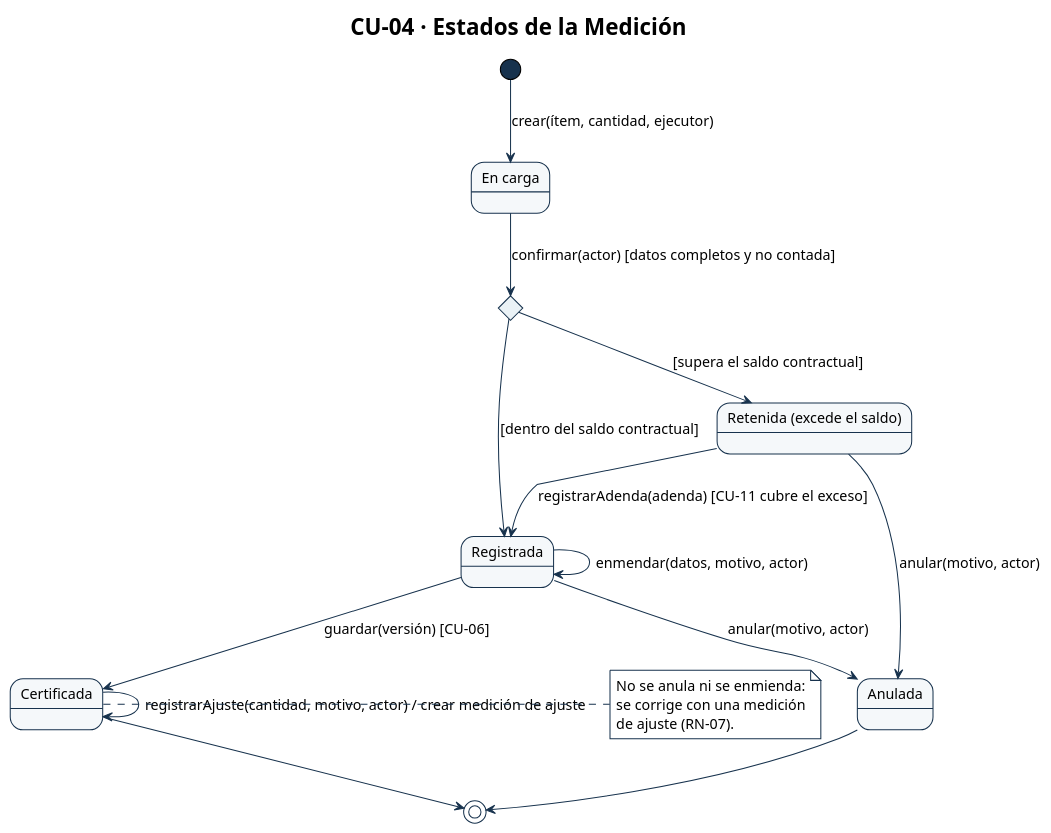
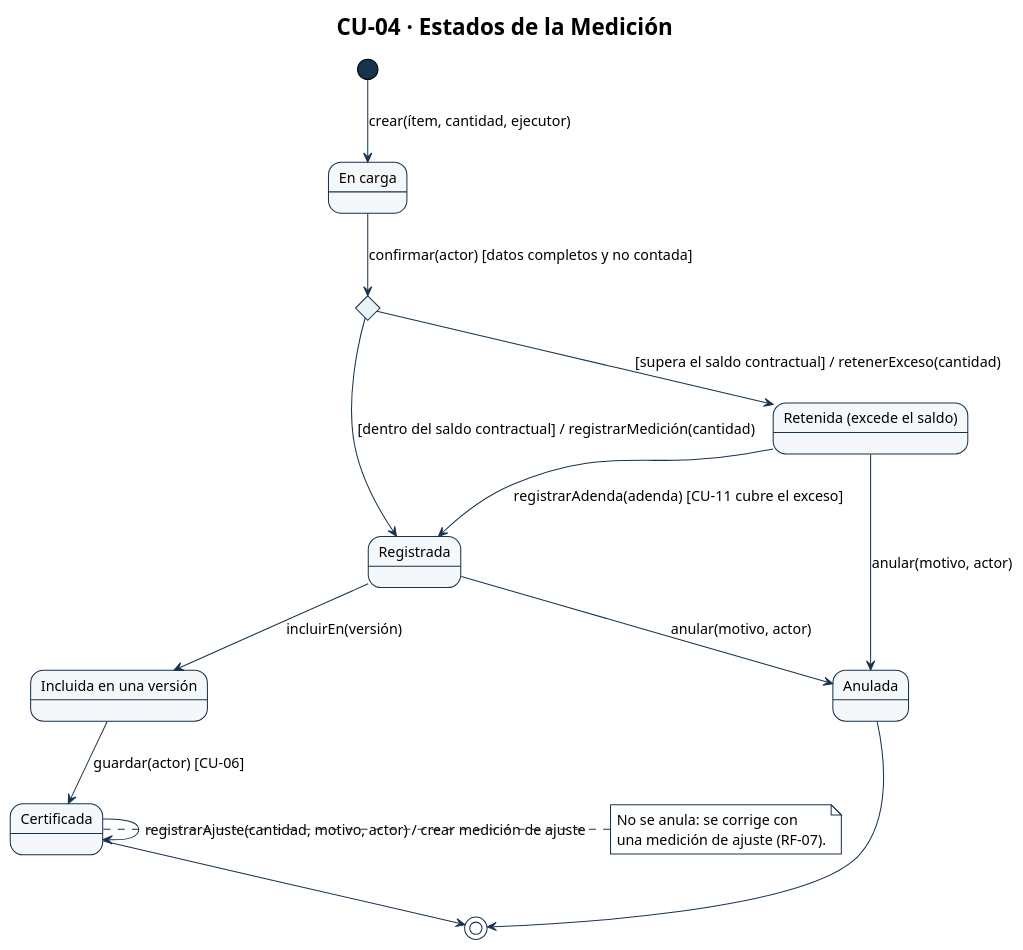
The diagram in diagramas/CU-04-estados.puml (Ssrrb/tpf-uca), drawn with PlantUML before and after one commit. The commit also changed 40 other files, not shown here.

```diff
--- a/diagramas/CU-04-estados.puml
+++ b/diagramas/CU-04-estados.puml
@@ -1,61 +1,61 @@
 @startuml
 !theme plain
 skinparam style strictuml
 skinparam shadowing false
 skinparam defaultFontName Arial
 skinparam defaultFontSize 14
 skinparam ArrowColor #17324D
 skinparam activity {
   StartColor #17324D
   EndColor #17324D
   BarColor #17324D
   BackgroundColor #F5F8FA
   BorderColor #17324D
   DiamondBackgroundColor #EAF2F6
   DiamondBorderColor #17324D
 }
 skinparam swimlane {
   BorderColor #17324D
   TitleBackgroundColor #EAF2F6
 }
 skinparam state {
   StartColor #17324D
   EndColor #17324D
   BackgroundColor #F5F8FA
   BorderColor #17324D
 }
 skinparam package {
   BackgroundColor #EAF2F6
   BorderColor #17324D
 }
 skinparam note {
   BackgroundColor #FFFFFF
   BorderColor #17324D
 }
 title CU-04 · Estados de la Medición
 state confirmacion <<choice>>
 state "En carga" as en_carga
 state "Registrada" as registrada
 state "Retenida (excede el saldo)" as retenida
+state "Incluida en una versión" as incluida
+state "Certificada" as certificada
 state "Anulada" as anulada
-state "Certificada" as certificada
 
 [*] --> en_carga : crear(ítem, cantidad, ejecutor)
 en_carga --> confirmacion : confirmar(actor) [datos completos y no contada]
-confirmacion --> registrada : [dentro del saldo contractual]
-confirmacion --> retenida : [supera el saldo contractual]
+confirmacion --> registrada : [dentro del saldo contractual] / registrarMedición(cantidad)
+confirmacion --> retenida : [supera el saldo contractual] / retenerExceso(cantidad)
 retenida --> registrada : registrarAdenda(adenda) [CU-11 cubre el exceso]
-registrada --> registrada : enmendar(datos, motivo, actor)
 registrada --> anulada : anular(motivo, actor)
 retenida --> anulada : anular(motivo, actor)
-registrada --> certificada : guardar(versión) [CU-06]
+registrada --> incluida : incluirEn(versión)
+incluida --> certificada : guardar(actor) [CU-06]
 certificada --> certificada : registrarAjuste(cantidad, motivo, actor) / crear medición de ajuste
 anulada --> [*]
 certificada --> [*]
 
 note right of certificada
-  No se anula ni se enmienda:
-  se corrige con una medición
-  de ajuste (RN-07).
+  No se anula: se corrige con
+  una medición de ajuste (RF-07).
 end note
 @enduml
```
